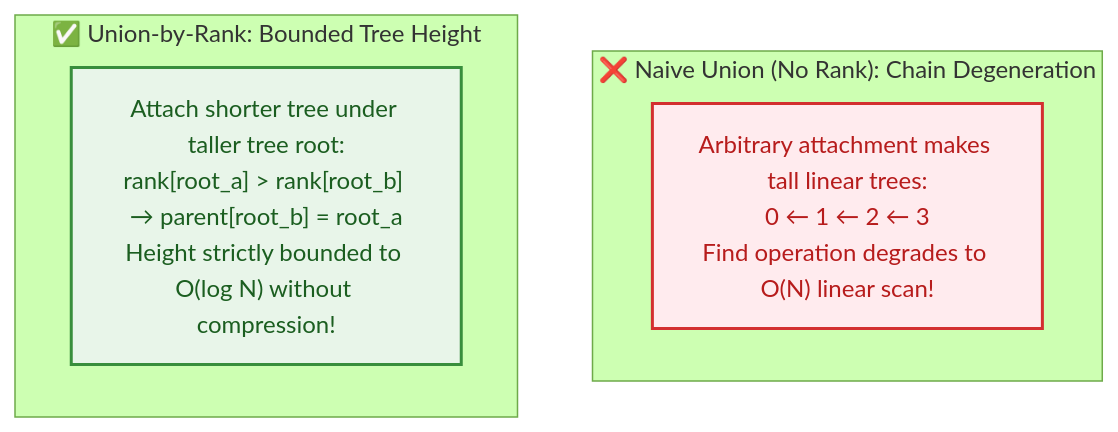
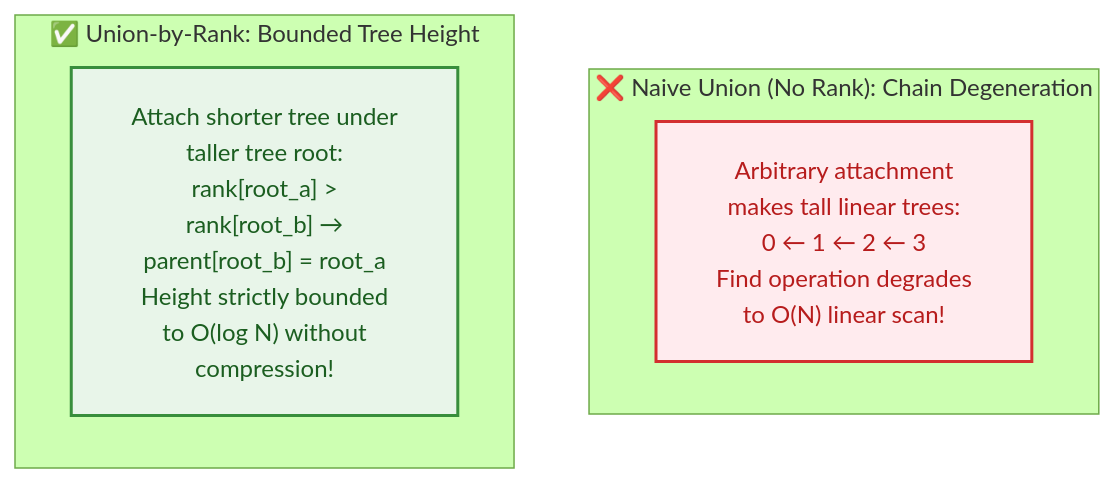
One commit to dip4k/DSA_102 changed diagram 14 of 15 in week_09_graph_algorithms_i/Week_09_Visual_Concepts_Playbook_HYBRID.md. Above: the diagram before and after it, drawn with Mermaid (forest theme). The commit also changed other lines of this file and 108 other files, not shown here.

First line of the commit message:
fix(mermaid): resolve diagram clipping, padding, and syntax issues across repo

````diff
--- a/week_09_graph_algorithms_i/Week_09_Visual_Concepts_Playbook_HYBRID.md
+++ b/week_09_graph_algorithms_i/Week_09_Visual_Concepts_Playbook_HYBRID.md
@@ -487,13 +500,14 @@
 ```mermaid
+%%{init: {"flowchart": {"htmlLabels": true, "padding": 20}}}%%
 flowchart TD
     classDef deep fill:#ffebee,stroke:#d32f2f,color:#b71c1c,stroke-width:2px;
     classDef bal fill:#e8f5e9,stroke:#388e3c,color:#1b5e20,stroke-width:2px;
 
     subgraph Bad["❌ Naive Union (No Rank): Chain Degeneration"]
-        B1["Arbitrary attachment makes tall linear trees:<br/>0 ← 1 ← 2 ← 3<br/>Find operation degrades to O(N) linear scan!"]:::deep
+        B1["Arbitrary attachment<br/>makes tall linear trees:<br/>0 ← 1 ← 2 ← 3<br/>Find operation degrades<br/>to O(N) linear scan!"]:::deep
     end
 
     subgraph Good["✅ Union-by-Rank: Bounded Tree Height"]
-        G1["Attach shorter tree under taller tree root:<br/>rank[root_a] > rank[root_b] → parent[root_b] = root_a<br/>Height strictly bounded to O(log N) without compression!"]:::bal
+        G1["Attach shorter tree under<br/>taller tree root:<br/>rank[root_a] ><br/>rank[root_b] →<br/>parent[root_b] = root_a<br/>Height strictly bounded<br/>to O(log N) without<br/>compression!"]:::bal
     end
 ```
````
